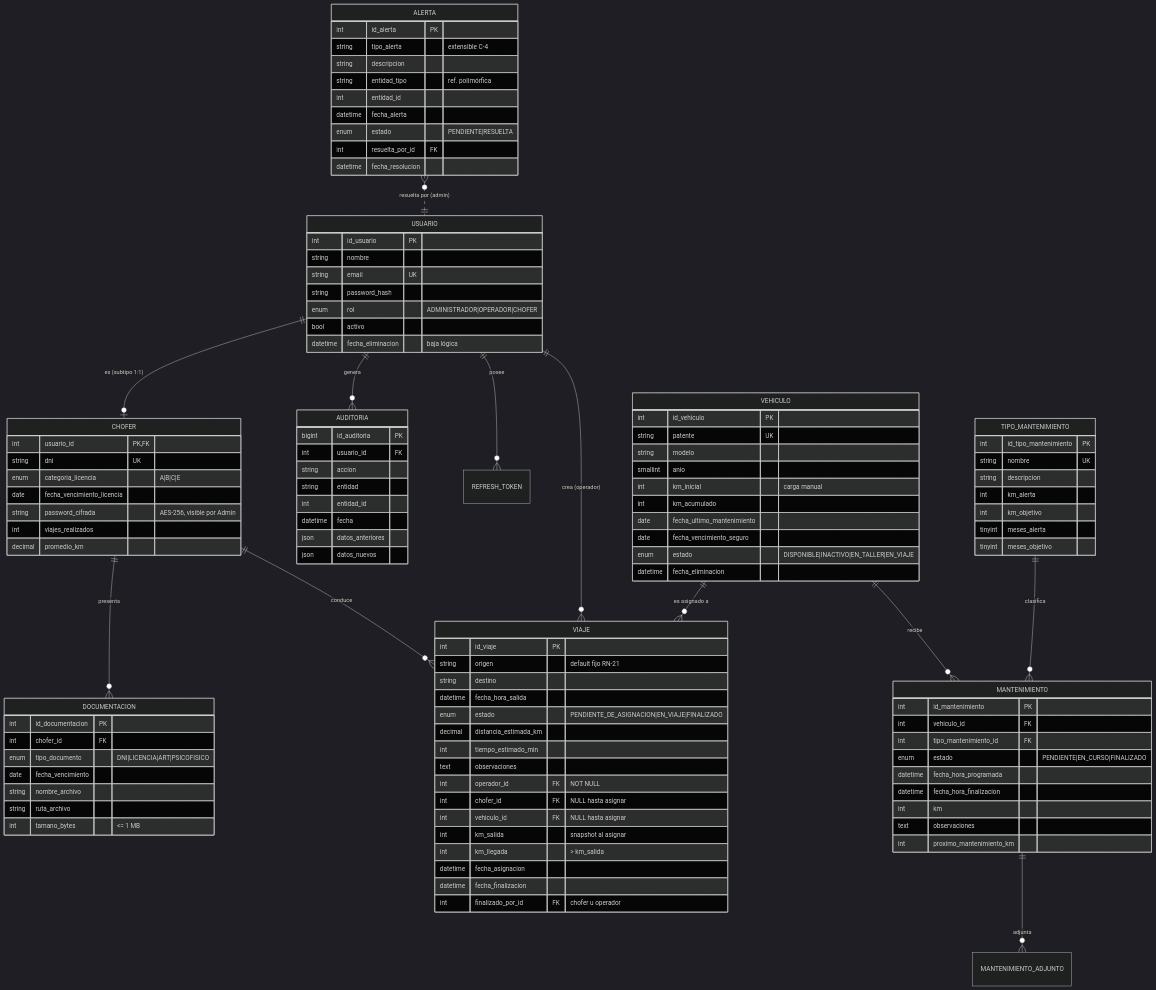
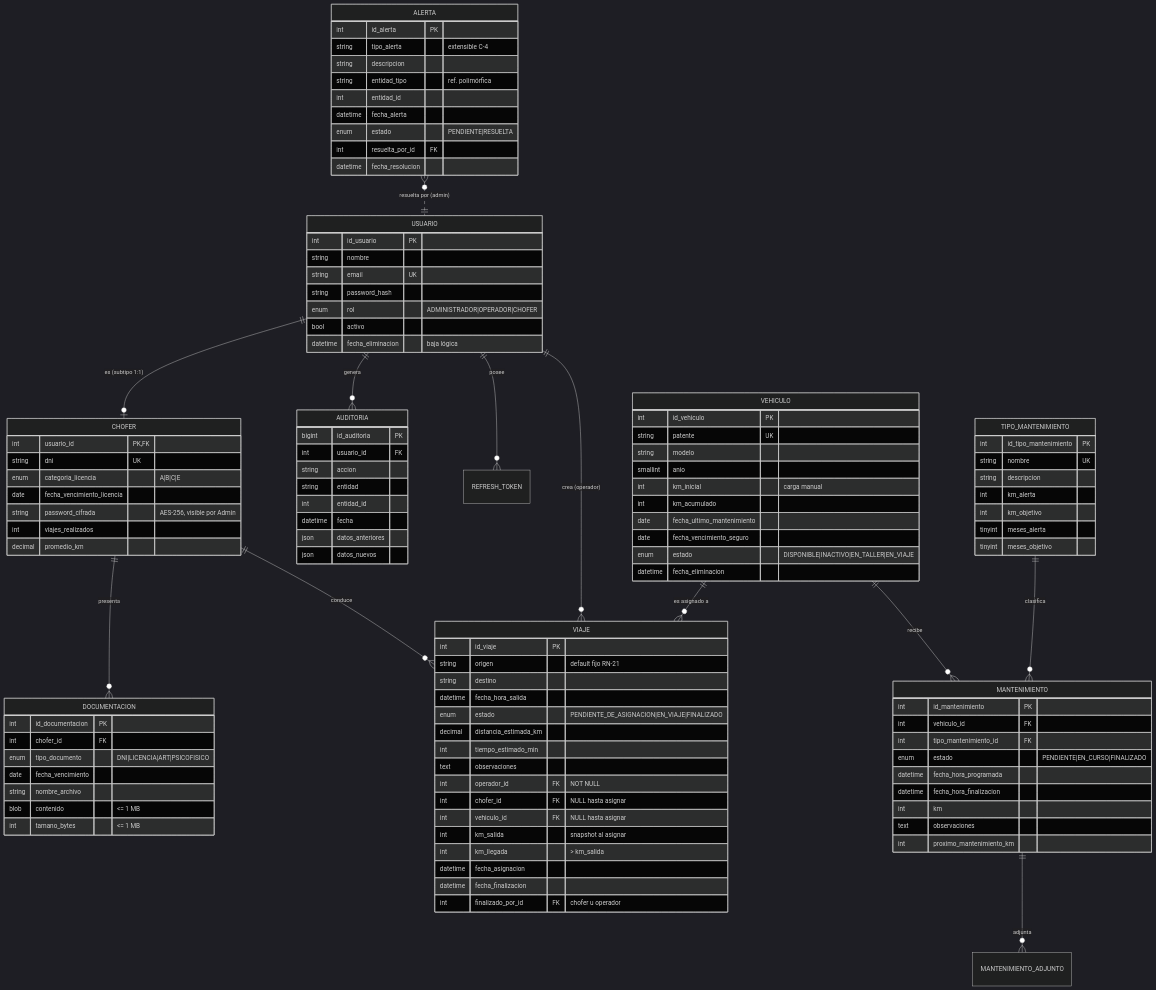
One commit to roman5983/Gesti-n-Log-stica-y-Flota- changed the diagram in docs/etapa-2-der-definitivo.md. Above: the diagram before and after it, drawn with Mermaid (dark theme). The commit also changed other lines of this file and 30 other files, not shown here.

```diff
--- a/docs/etapa-2-der-definitivo.md
+++ b/docs/etapa-2-der-definitivo.md
@@ -46,7 +46,7 @@
         enum tipo_documento "DNI|LICENCIA|ART|PSICOFISICO"
         date fecha_vencimiento
         string nombre_archivo
-        string ruta_archivo
+        blob contenido "<= 1 MB"
         int tamano_bytes "<= 1 MB"
     }
     VEHICULO {
```
